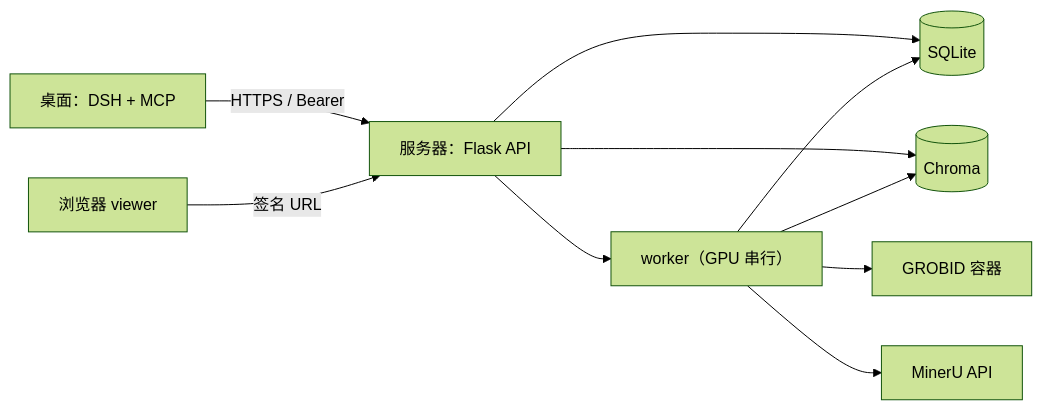
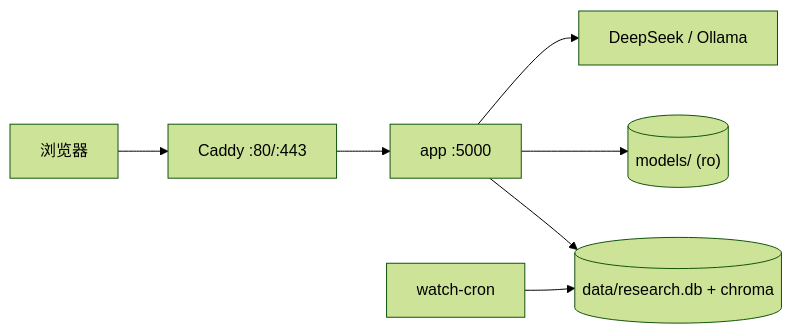
One commit to williamchen520/sci-pal changed the third of 3 diagrams in docs/架构与路由图.md. Above: the diagram before and after it, drawn with Mermaid (forest theme). The commit also changed other lines of this file and 2 other files, not shown here.

First line of the commit message:
docs: 更新架构与 README（多用户/watch/packs/claim）

````diff
--- a/docs/架构与路由图.md
+++ b/docs/架构与路由图.md
@@ -266,13 +333,9 @@
 ```mermaid
-%%{init: {"flowchart": {"curve": "basis"}}}%%
 flowchart LR
-  Desktop["桌面：DSH + MCP"] -->|"HTTPS / Bearer"| API["服务器：Flask API"]
-  Browser["浏览器 viewer"] -->|"签名 URL"| API
-  API --> Worker["worker（GPU 串行）"]
-  API --> DB[("SQLite")]
-  API --> CH[("Chroma")]
-  Worker --> DB
-  Worker --> CH
-  Worker --> GB["GROBID 容器"]
-  Worker --> MU["MinerU API"]
+  U["浏览器"] --> Caddy["Caddy :80/:443"]
+  Caddy --> App["app :5000"]
+  App --> Data[("data/research.db + chroma")]
+  App --> Models[("models/ (ro)")]
+  Cron["watch-cron"] --> Data
+  App --> LLM["DeepSeek / Ollama"]
 ```
````
